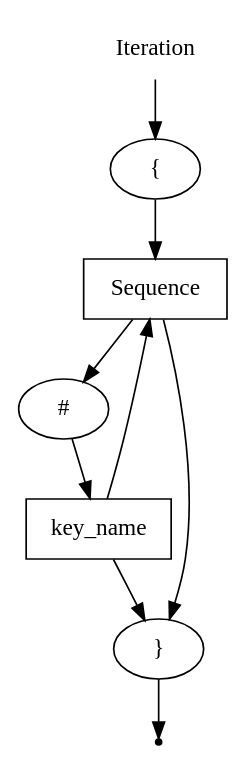
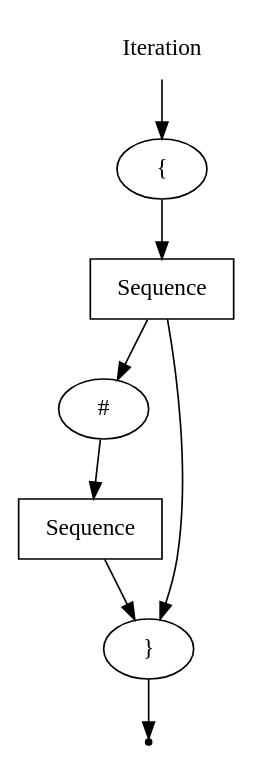
One commit to EgorGoluzin/DSL changed the diagram in DSLTools/examples/rbnf/wirth/Iteration.gv. Above: the diagram before and after it, drawn with Graphviz. The commit also changed 5 other files, not shown here.

```diff
--- a/DSLTools/examples/rbnf/wirth/Iteration.gv
+++ b/DSLTools/examples/rbnf/wirth/Iteration.gv
@@ -1,17 +1,16 @@
 digraph Iteration {
     start [label = "Iteration" shape = plaintext];
     end [label = "" shape = point];
     A [label = "Sequence" shape = box];
     B [label = "#" shape = oval];
-    C [label = "key_name" shape = box];
+    C [label = "Sequence" shape = box];
     E [label = "{" shape = oval];
     F [label = "}" shape = oval];
     start -> E;
     E -> A;
     A -> B;
     B -> C;
     C -> F;
-    C -> A;
     A -> F;
     F -> end;
 }
```
